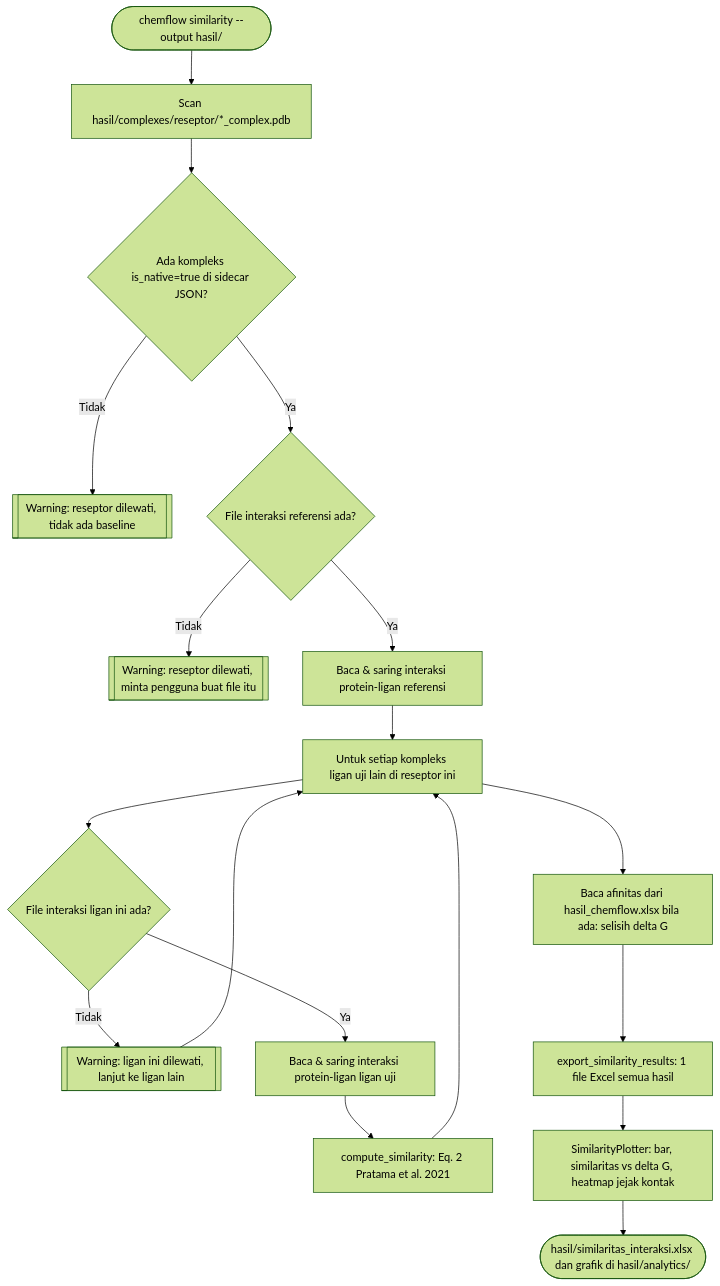
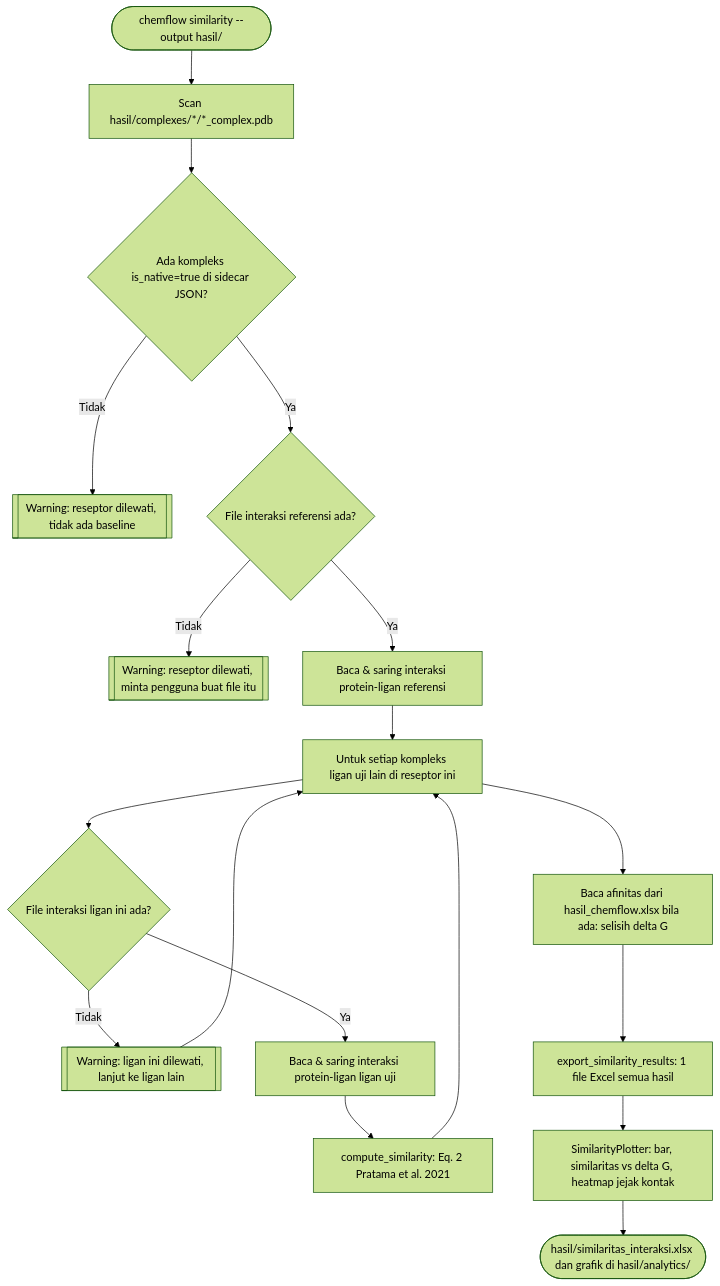
The diagram in docs/similarity-analysis.md (Arifmaulanaazis/chemflow), drawn with Mermaid (forest theme) before and after one commit. The commit also changed other lines of this file and 106 other files, not shown here.

````diff
--- a/docs/similarity-analysis.md
+++ b/docs/similarity-analysis.md
@@ -75,20 +93,20 @@
 ```mermaid
 flowchart TD
-    Start([chemflow similarity --output hasil/]) --> ScanComplex[Scan hasil/complexes/reseptor/*_complex.pdb]
+    Start([chemflow similarity --output hasil/]) --> ScanComplex[Scan hasil/complexes/*/*_complex.pdb]
     ScanComplex --> FindNative{Ada kompleks is_native=true di sidecar JSON?}
     FindNative -->|Tidak| SkipReceptor[["Warning: reseptor dilewati, tidak ada baseline"]]
     FindNative -->|Ya| CheckRefFile{File interaksi referensi ada?}
     CheckRefFile -->|Tidak| SkipReceptor2[["Warning: reseptor dilewati, minta pengguna buat file itu"]]
     CheckRefFile -->|Ya| ReadRef[Baca & saring interaksi protein-ligan referensi]
     ReadRef --> LoopLigand[Untuk setiap kompleks ligan uji lain di reseptor ini]
     LoopLigand --> CheckTestFile{File interaksi ligan ini ada?}
     CheckTestFile -->|Tidak| SkipLigand[["Warning: ligan ini dilewati, lanjut ke ligan lain"]]
     CheckTestFile -->|Ya| ReadTest[Baca & saring interaksi protein-ligan ligan uji]
     ReadTest --> Compute[compute_similarity: Eq. 2 Pratama et al. 2021]
     Compute --> LoopLigand
     SkipLigand --> LoopLigand
     LoopLigand --> Affinity[Baca afinitas dari hasil_chemflow.xlsx bila ada: selisih delta G]
     Affinity --> Export[export_similarity_results: 1 file Excel semua hasil]
     Export --> Plots[SimilarityPlotter: bar, similaritas vs delta G, heatmap jejak kontak]
     Plots --> End([hasil/similaritas_interaksi.xlsx dan grafik di hasil/analytics/])
 ```
````
